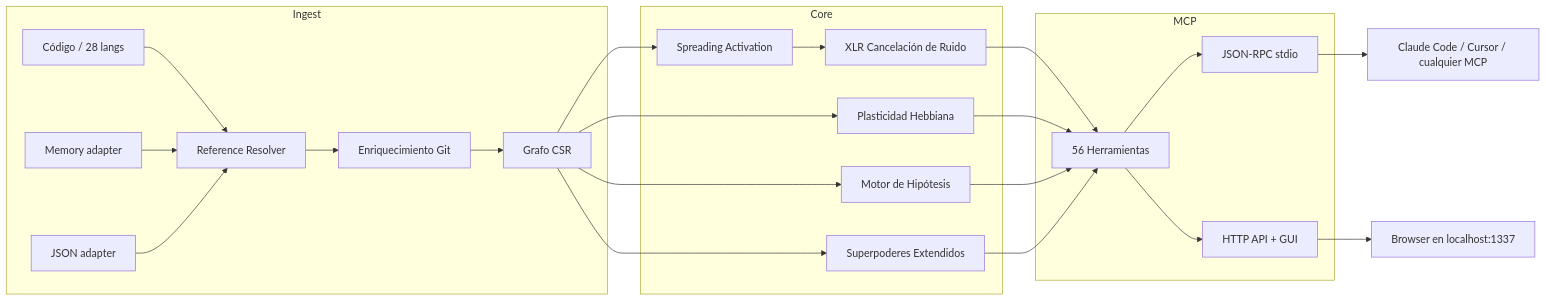
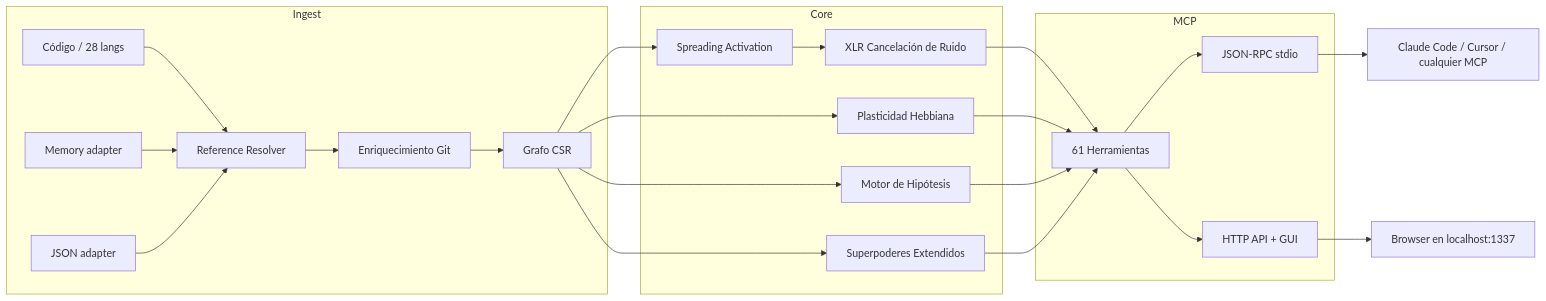
One commit to M1nd-Intelligence/m1nd changed the diagram in README.es.md. Above: the diagram before and after it, drawn with Mermaid. The commit also changed other lines of this file and 51 other files, not shown here.

````diff
--- a/README.es.md
+++ b/README.es.md
@@ -297,27 +298,27 @@
 ```mermaid
 graph LR
     subgraph Ingest
         A[Código / 28 langs] --> R[Reference Resolver]
         MA[Memory adapter] --> R
         JA[JSON adapter] --> R
         R --> GD[Enriquecimiento Git]
         GD --> G[Grafo CSR]
     end
     subgraph Core
         G --> SA[Spreading Activation]
         G --> HP[Plasticidad Hebbiana]
         G --> HY[Motor de Hipótesis]
         G --> SX[Superpoderes Extendidos]
         SA --> XLR[XLR Cancelación de Ruido]
     end
     subgraph MCP
-        XLR --> T[56 Herramientas]
+        XLR --> T[61 Herramientas]
         HP --> T
         HY --> T
         SX --> T
         T --> IO[JSON-RPC stdio]
         T --> HTTP[HTTP API + GUI]
     end
     IO --> C[Claude Code / Cursor / cualquier MCP]
     HTTP --> B[Browser en localhost:1337]
 ```
````
